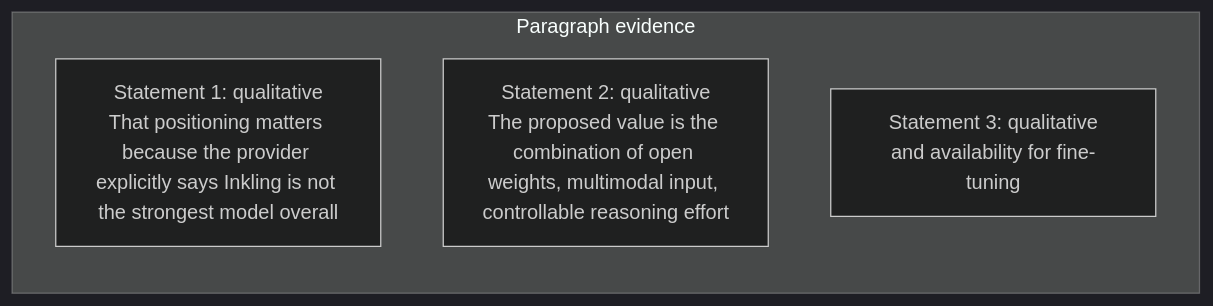
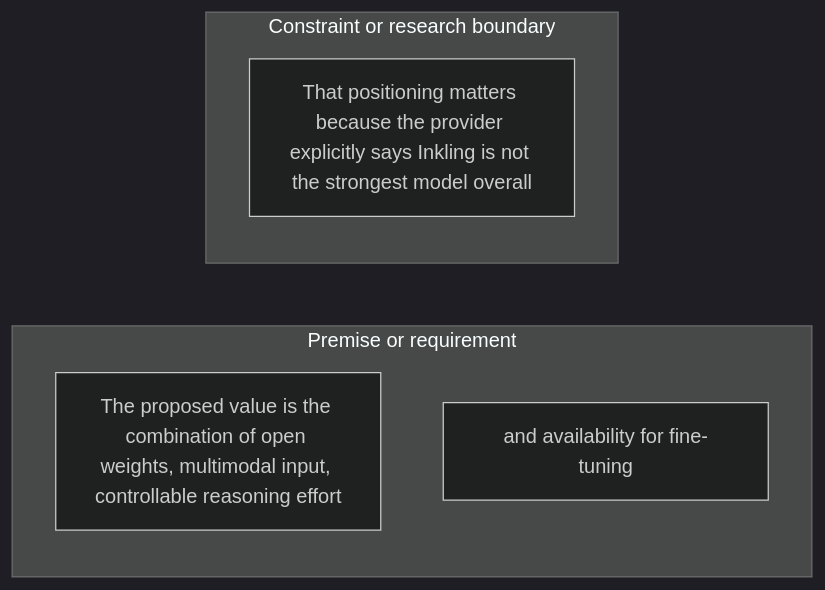
One commit to Betancourt1/paper_atlas changed the fourth of 57 diagrams in docs/visual-manifests/VISUAL_MANIFEST_INKLING.md. Above: the diagram before and after it, drawn with Mermaid (dark theme). The commit also changed other lines of this file and 7 other files, not shown here.

````diff
--- a/docs/visual-manifests/VISUAL_MANIFEST_INKLING.md
+++ b/docs/visual-manifests/VISUAL_MANIFEST_INKLING.md
@@ -284,8 +289,10 @@
 ```mermaid
 flowchart LR
-  subgraph p1["Paragraph evidence"]
-    p1r1["Statement 1: qualitative<br/>That positioning matters because the provider explicitly says Inkling is not the strongest model overall"]
-    p1r2["Statement 2: qualitative<br/>The proposed value is the combination of open weights, multimodal input, controllable reasoning effort"]
-    p1r3["Statement 3: qualitative<br/>and availability for fine-tuning"]
+  subgraph g1["Premise or requirement"]
+    g1i1["The proposed value is the combination of open weights, multimodal input, controllable reasoning effort"]
+    g1i2["and availability for fine-tuning"]
+  end
+  subgraph g2["Constraint or research boundary"]
+    g2i1["That positioning matters because the provider explicitly says Inkling is not the strongest model overall"]
   end
 ```
````
